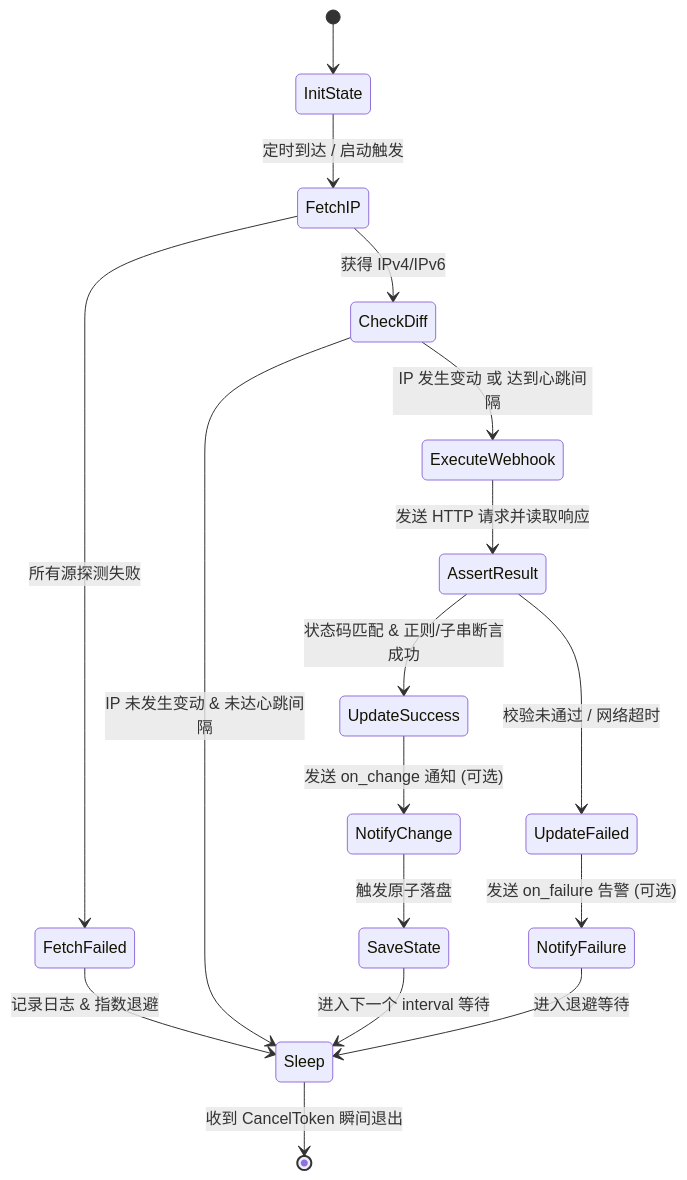
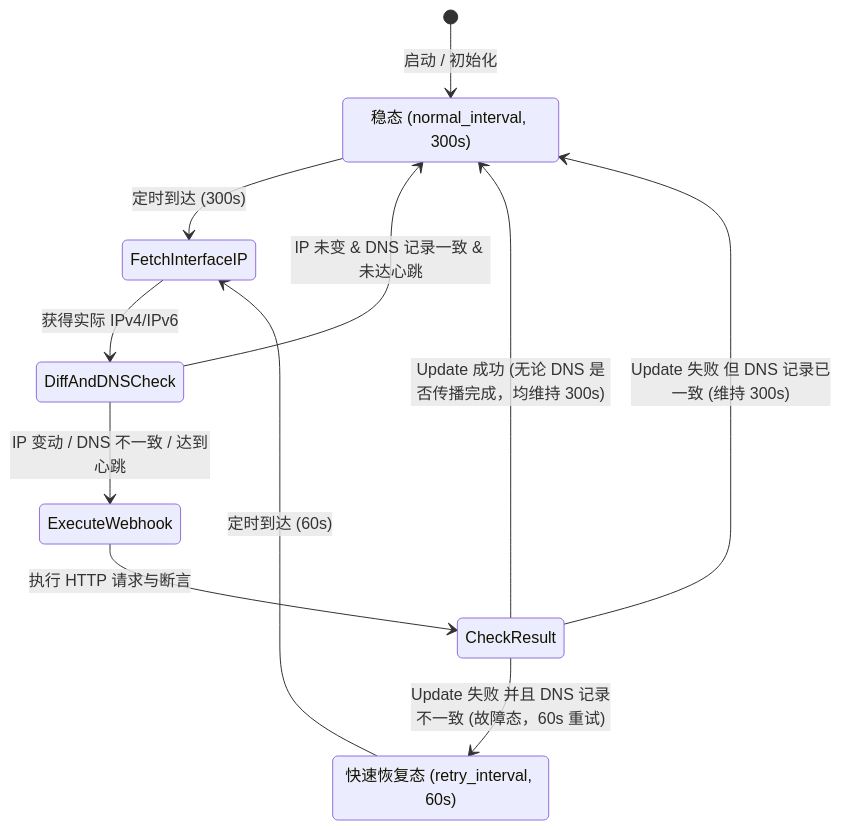
The third of 3 diagrams in docs/DESIGN.md (spritetong/rdns), drawn with Mermaid before and after one commit. The commit also changed other lines of this file and 19 other files, not shown here.

````diff
--- a/docs/DESIGN.md
+++ b/docs/DESIGN.md
@@ -349,24 +388,20 @@
 ```mermaid
 stateDiagram-v2
-    [*] --> InitState
-    InitState --> FetchIP: 定时到达 / 启动触发
-    FetchIP --> FetchFailed: 所有源探测失败
-    FetchFailed --> Sleep: 记录日志 & 指数退避
+    [*] --> SteadyState: 启动 / 初始化
     
-    FetchIP --> CheckDiff: 获得 IPv4/IPv6
-    CheckDiff --> Sleep: IP 未发生变动 & 未达心跳间隔
-    
-    CheckDiff --> ExecuteWebhook: IP 发生变动 或 达到心跳间隔
-    ExecuteWebhook --> AssertResult: 发送 HTTP 请求并读取响应
-    
-    AssertResult --> UpdateSuccess: 状态码匹配 & 正则/子串断言成功
-    UpdateSuccess --> NotifyChange: 发送 on_change 通知 (可选)
-    NotifyChange --> SaveState: 触发原子落盘
-    SaveState --> Sleep: 进入下一个 interval 等待
-    
-    AssertResult --> UpdateFailed: 校验未通过 / 网络超时
-    UpdateFailed --> NotifyFailure: 发送 on_failure 告警 (可选)
-    NotifyFailure --> Sleep: 进入退避等待
-    
-    Sleep --> [*]: 收到 CancelToken 瞬间退出
+    state "稳态 (normal_interval, 300s)" as SteadyState
+    state "快速恢复态 (retry_interval, 60s)" as RetryState
+
+    SteadyState --> FetchInterfaceIP: 定时到达 (300s)
+    RetryState --> FetchInterfaceIP: 定时到达 (60s)
+
+    FetchInterfaceIP --> DiffAndDNSCheck: 获得实际 IPv4/IPv6
+    DiffAndDNSCheck --> SteadyState: IP 未变 & DNS 记录一致 & 未达心跳
+    DiffAndDNSCheck --> ExecuteWebhook: IP 变动 / DNS 不一致 / 达到心跳
+
+    ExecuteWebhook --> CheckResult: 执行 HTTP 请求与断言
+
+    CheckResult --> SteadyState: Update 成功 (无论 DNS 是否传播完成，均维持 300s)
+    CheckResult --> RetryState: Update 失败 并且 DNS 记录不一致 (故障态，60s 重试)
+    CheckResult --> SteadyState: Update 失败 但 DNS 记录已一致 (维持 300s)
 ```
````
